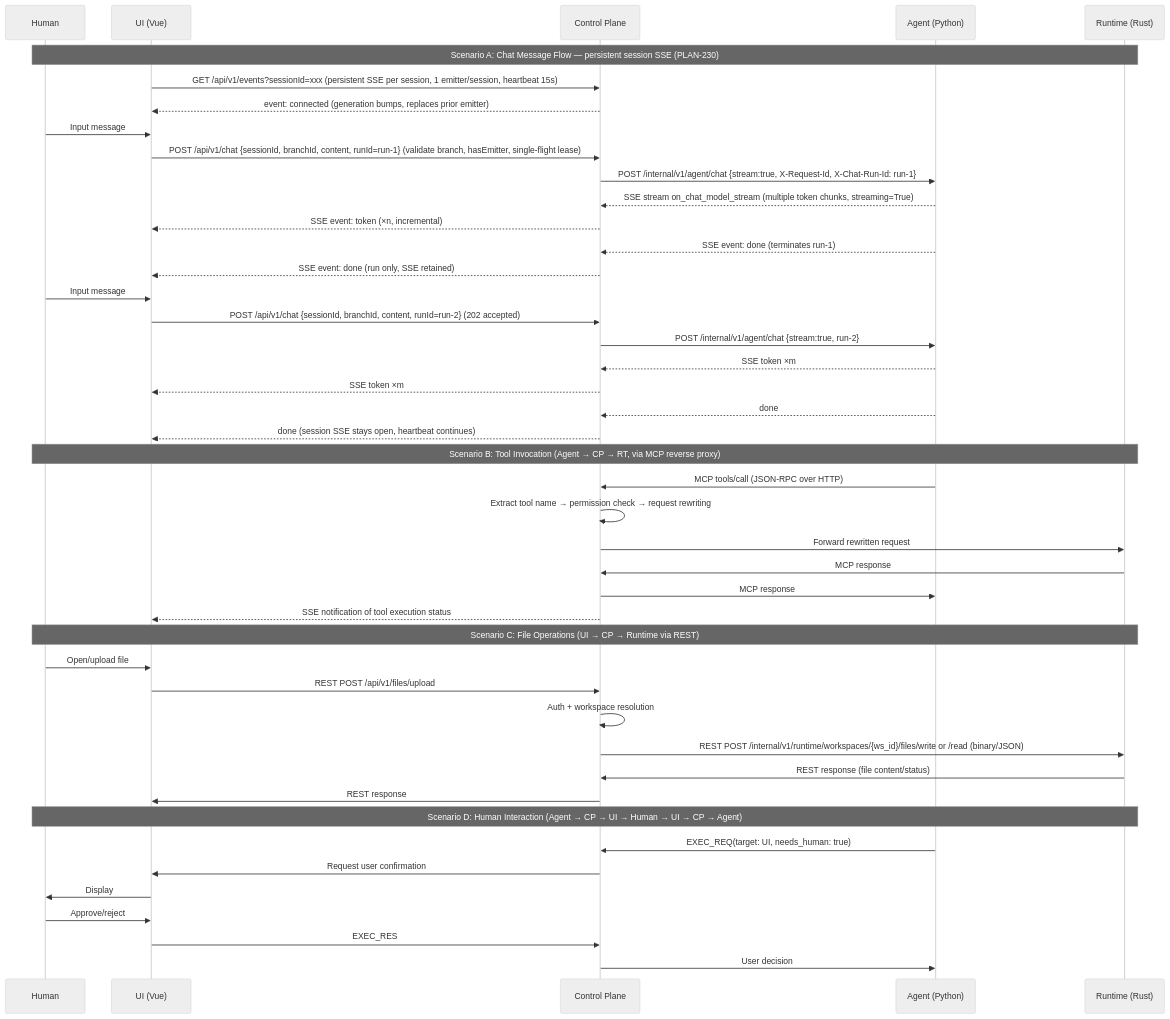
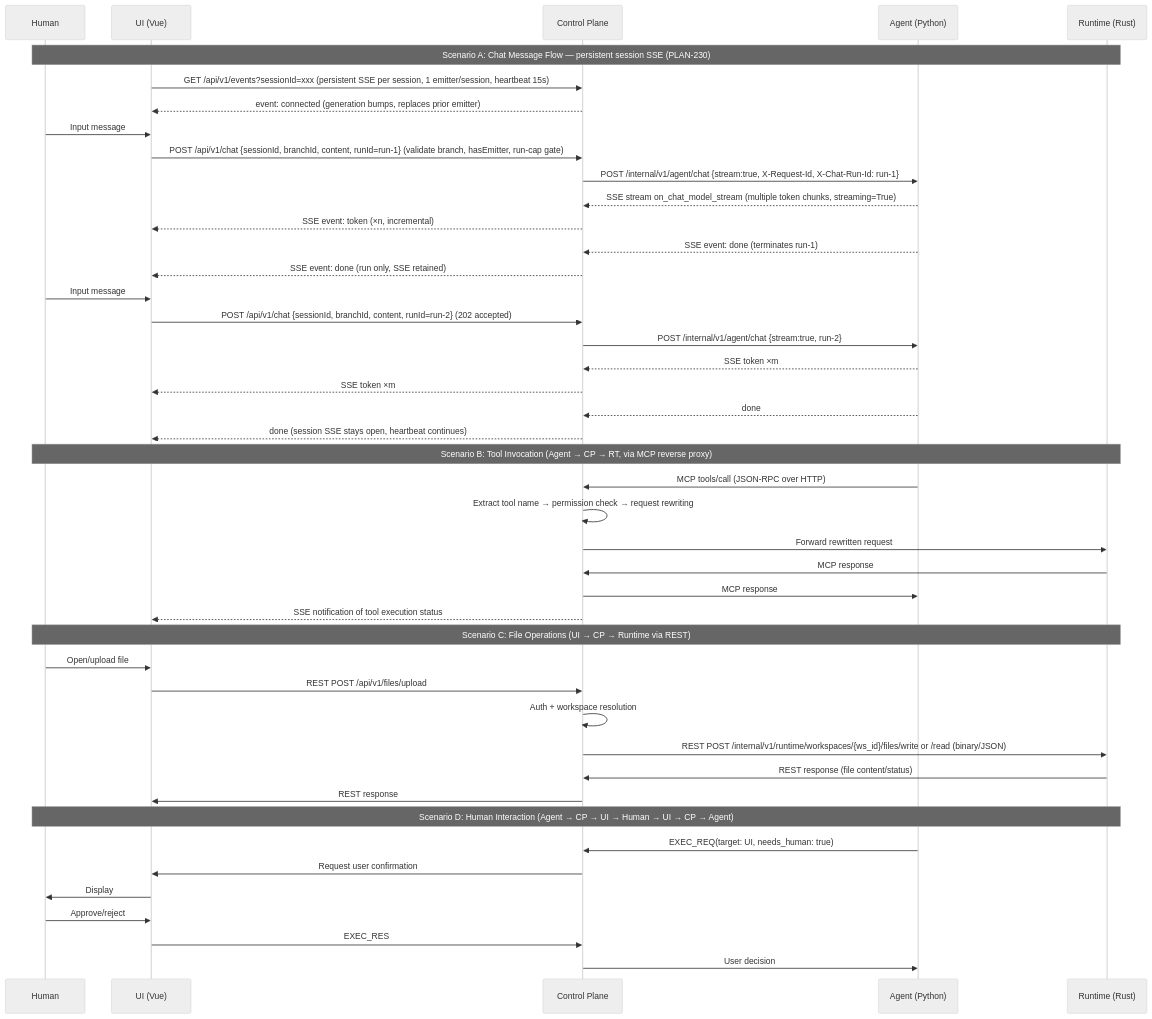
The first of 2 diagrams in docs/i18n/en/DEV-001-system-architecture.md (cc01cc/xihe-project), drawn with Mermaid before and after one commit. The commit also changed other lines of this file and 13 other files, not shown here.

````diff
--- a/docs/i18n/en/DEV-001-system-architecture.md
+++ b/docs/i18n/en/DEV-001-system-architecture.md
@@ -218,51 +218,51 @@
 ```mermaid
 %%{init: {'theme': 'neutral'}}%%
 sequenceDiagram
   participant Human
   participant UI as UI (Vue)
   participant CP as Control Plane
   participant Agent as Agent (Python)
   participant RT as Runtime (Rust)
 
   Note over Human,RT: Scenario A: Chat Message Flow — persistent session SSE (PLAN-230)
   UI->>CP: GET /api/v1/events?sessionId=xxx (persistent SSE per session, 1 emitter/session, heartbeat 15s)
   CP-->>UI: event: connected (generation bumps, replaces prior emitter)
   Human->>UI: Input message #1
-  UI->>CP: POST /api/v1/chat {sessionId, branchId, content, runId=run-1} (validate branch, hasEmitter, single-flight lease)
+  UI->>CP: POST /api/v1/chat {sessionId, branchId, content, runId=run-1} (validate branch, hasEmitter, run-cap gate)
   CP->>Agent: POST /internal/v1/agent/chat {stream:true, X-Request-Id, X-Chat-Run-Id: run-1}
   Agent-->>CP: SSE stream on_chat_model_stream (multiple token chunks, streaming=True)
   CP-->>UI: SSE event: token (×n, incremental)
   Agent-->>CP: SSE event: done (terminates run-1)
   CP-->>UI: SSE event: done (run only, SSE retained)
   Human->>UI: Input message #2 (reuses same SSE, no reconnect needed)
   UI->>CP: POST /api/v1/chat {sessionId, branchId, content, runId=run-2} (202 accepted)
   CP->>Agent: POST /internal/v1/agent/chat {stream:true, run-2}
   Agent-->>CP: SSE token ×m
   CP-->>UI: SSE token ×m
   Agent-->>CP: done
   CP-->>UI: done (session SSE stays open, heartbeat continues)
 
   Note over Human,RT: Scenario B: Tool Invocation (Agent → CP → RT, via MCP reverse proxy)
   Agent->>CP: MCP tools/call (JSON-RPC over HTTP)
   CP->>CP: Extract tool name → permission check → request rewriting
   CP->>RT: Forward rewritten request
   RT->>CP: MCP response
   CP->>Agent: MCP response
   CP-->>UI: SSE notification of tool execution status
 
   Note over Human,RT: Scenario C: File Operations (UI → CP → Runtime via REST)
   Human->>UI: Open/upload file
   UI->>CP: REST POST /api/v1/files/upload
   CP->>CP: Auth + workspace resolution
   CP->>RT: REST POST /internal/v1/runtime/workspaces/{ws_id}/files/write or /read (binary/JSON)
   RT->>CP: REST response (file content/status)
   CP->>UI: REST response
 
   Note over Human,RT: Scenario D: Human Interaction (Agent → CP → UI → Human → UI → CP → Agent)
   Agent->>CP: EXEC_REQ(target: UI, needs_human: true)
   CP->>UI: Request user confirmation
   UI->>Human: Display
   Human->>UI: Approve/reject
   UI->>CP: EXEC_RES
   CP->>Agent: User decision
 ```
````
